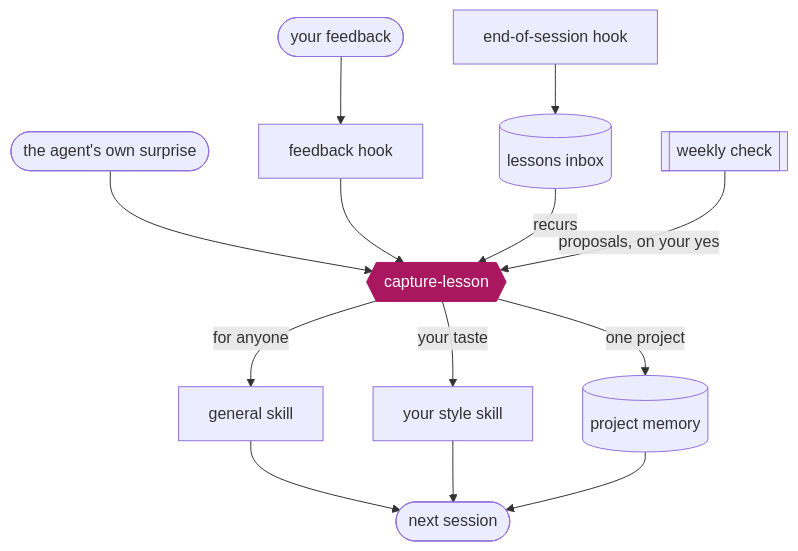
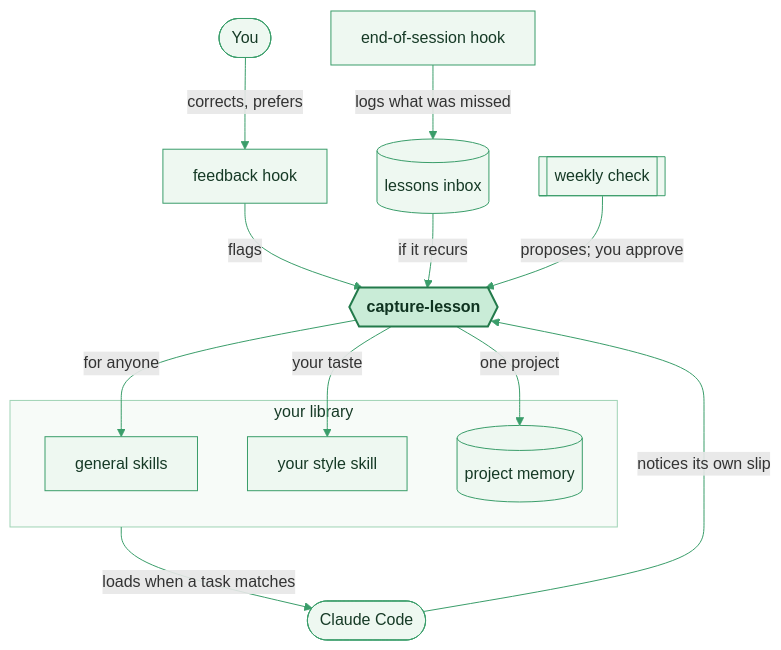
The diagram in README.md (kat-titter/claude-code-learns), drawn with Mermaid before and after one commit.

Commit message:
README diagram: light greens instead of Mermaid's default lavender; nodes are things, edges are what happens; the library loops back into Claude Code

````diff
--- a/README.md
+++ b/README.md
@@ -13,17 +13,30 @@
 ```mermaid
 flowchart TB
-  you(["your feedback"]) --> hook["feedback hook"]
-  self(["the agent's own surprise"]) --> cap
-  hook --> cap{{"capture-lesson"}}
-  stop["end-of-session hook"] --> inbox[("lessons inbox")]
-  inbox -->|"recurs"| cap
-  cap -->|"for anyone"| general["general skill"]
-  cap -->|"your taste"| taste["your style skill"]
-  cap -->|"one project"| memory[("project memory")]
-  general --> next(["next session"])
-  taste --> next
-  memory --> next
-  week[["weekly check"]] -->|"proposals, on your yes"| cap
-  classDef core fill:#a8175f,stroke:#a8175f,color:#ffffff
+  you(["You"])
+  agent(["Claude Code"])
+  hook["feedback hook"]
+  stop["end-of-session hook"]
+  inbox[("lessons inbox")]
+  cap{{"capture-lesson"}}
+  week[["weekly check"]]
+  subgraph lib ["your library"]
+    general["general skills"]
+    taste["your style skill"]
+    memory[("project memory")]
+  end
+  you -->|"corrects, prefers"| hook
+  hook -->|"flags"| cap
+  agent -->|"notices its own slip"| cap
+  stop -->|"logs what was missed"| inbox
+  inbox -->|"if it recurs"| cap
+  cap -->|"for anyone"| general
+  cap -->|"your taste"| taste
+  cap -->|"one project"| memory
+  lib -->|"loads when a task matches"| agent
+  week -->|"proposes; you approve"| cap
+  classDef default fill:#eef8f1,stroke:#3a9d6a,color:#163a26
+  classDef core fill:#c9ecd7,stroke:#237a4b,stroke-width:2px,color:#0f3320,font-weight:bold
   class cap core
+  style lib fill:#f7fbf8,stroke:#9fd3b5,color:#163a26
+  linkStyle default stroke:#3a9d6a
 ```
````
